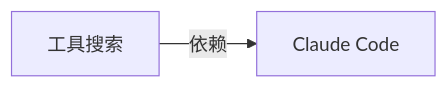
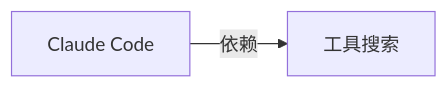
Before and after one commit to yibie/claude-best-practices-zh: the diagram in wiki/工具搜索.md, drawn with Mermaid. The commit also changed other lines of this file and 407 other files, not shown here.

Commit message:
feat: DeepSeek 三遍审校（译文/关系/图谱）+ 可部署静态站点

````diff
--- a/wiki/工具搜索.md
+++ b/wiki/工具搜索.md
@@ -43,5 +44,5 @@
 ```mermaid
 graph LR
   C["工具搜索"]
-  C -->|依赖| N0["Claude Code"]
+  N0["Claude Code"] -->|依赖| C
 ```
````
